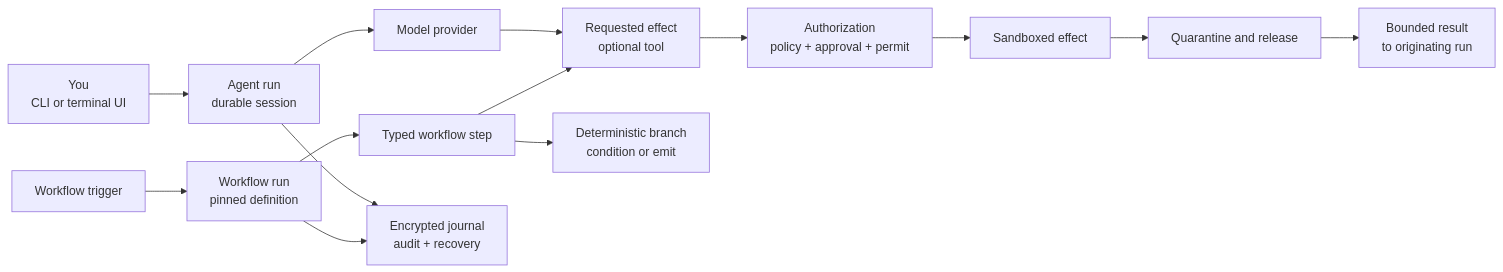
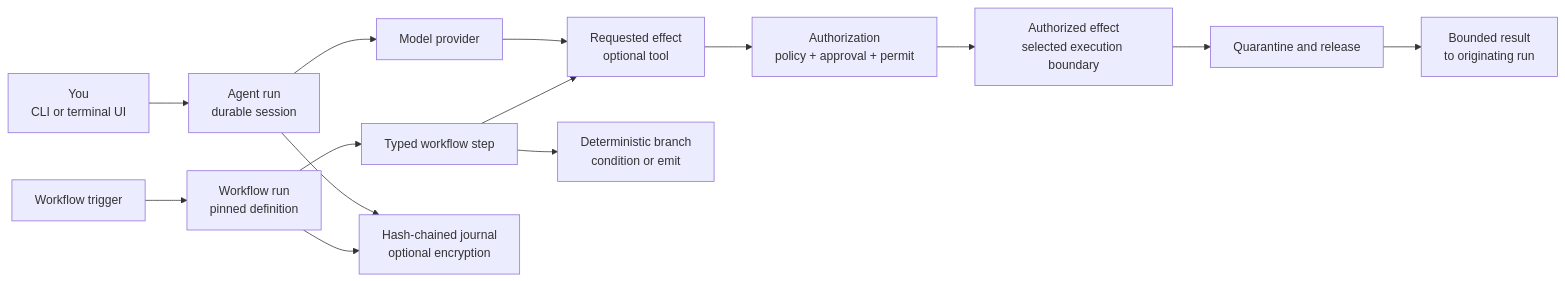
The diagram in docs/index.md (obscuritylabs/Colossus), drawn with Mermaid before and after one commit. The commit also changed other lines of this file and 156 other files, not shown here.

````diff
--- a/docs/index.md
+++ b/docs/index.md
@@ -132,16 +133,16 @@
 ```mermaid
 flowchart LR
     U["You<br/>CLI or terminal UI"] --> A["Agent run<br/>durable session"]
     W["Workflow trigger"] --> F["Workflow run<br/>pinned definition"]
     A --> M["Model provider"]
     M --> T["Requested effect<br/>optional tool"]
     F --> S["Typed workflow step"]
     S --> D["Deterministic branch<br/>condition or emit"]
     S --> T
     T --> G["Authorization<br/>policy + approval + permit"]
-    G --> E["Sandboxed effect"]
+    G --> E["Authorized effect<br/>selected execution boundary"]
     E --> Q["Quarantine and release"]
     Q --> O["Bounded result<br/>to originating run"]
-    A --> J["Encrypted journal<br/>audit + recovery"]
+    A --> J["Hash-chained journal<br/>optional encryption"]
     F --> J
 ```
````
